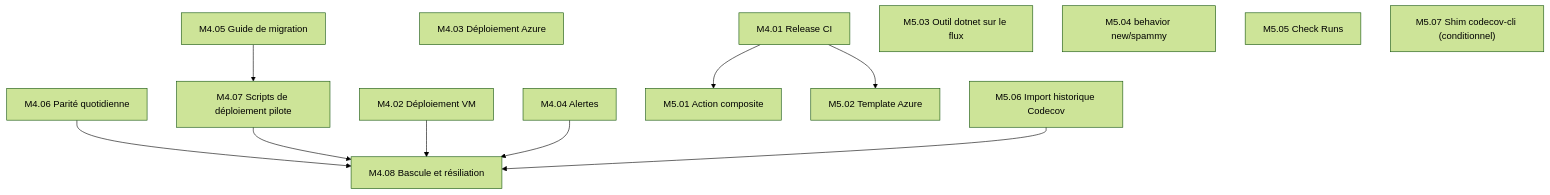
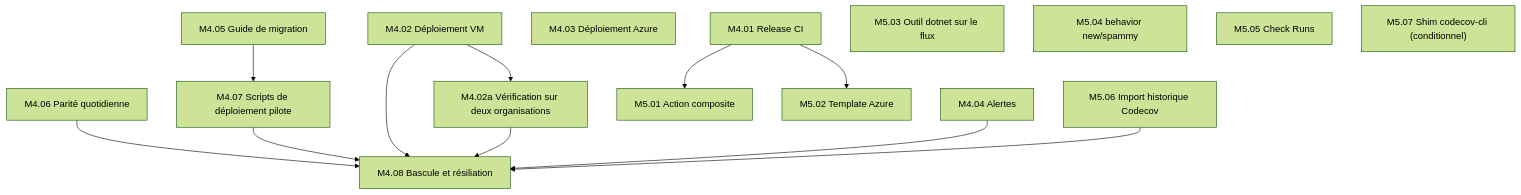
One commit to gaetanthouvenin/code-coverage changed the sixth of 6 diagrams in docs/PLAN.md. Above: the diagram before and after it, drawn with Mermaid (forest theme). The commit also changed other lines of this file and 3 other files, not shown here.

````diff
--- a/docs/PLAN.md
+++ b/docs/PLAN.md
@@ -361,19 +412,21 @@
 ```mermaid
 graph TD
   M4_01["M4.01 Release CI"]
   M4_02["M4.02 Déploiement VM"]
   M4_03["M4.03 Déploiement Azure"]
   M4_04["M4.04 Alertes"]
   M4_05["M4.05 Guide de migration"] --> M4_07["M4.07 Scripts de déploiement pilote"]
   M4_06["M4.06 Parité quotidienne"] --> M4_08["M4.08 Bascule et résiliation"]
   M4_07 --> M4_08
   M4_02 --> M4_08
+  M4_02 --> M4_02a["M4.02a Vérification sur deux organisations"]
+  M4_02a --> M4_08
   M4_04 --> M4_08
   M4_01 --> M5_01["M5.01 Action composite"]
   M4_01 --> M5_02["M5.02 Template Azure"]
   M5_03["M5.03 Outil dotnet sur le flux"]
   M5_04["M5.04 behavior new/spammy"]
   M5_05["M5.05 Check Runs"]
   M5_06["M5.06 Import historique Codecov"] --> M4_08
   M5_07["M5.07 Shim codecov-cli (conditionnel)"]
 ```
````
